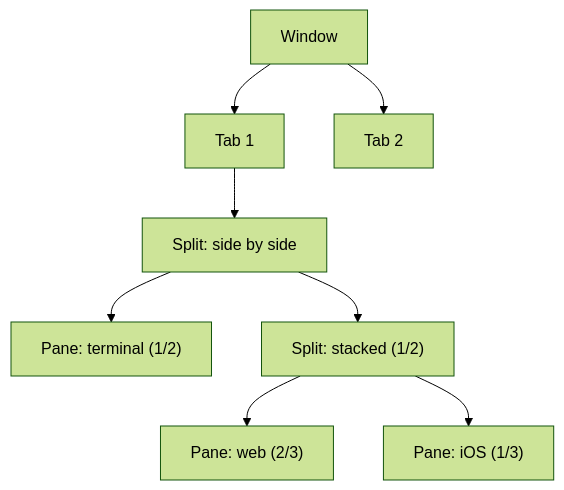
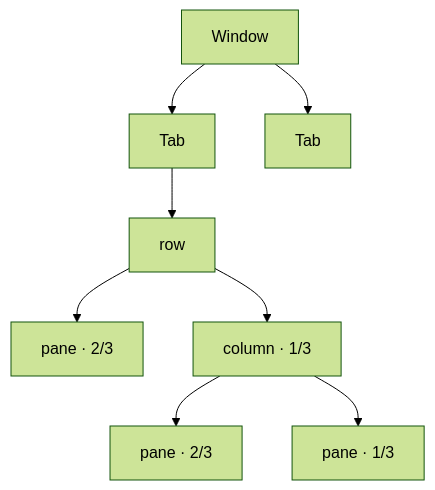
Before and after one commit to tampopogk/kmux: the second of 3 diagrams in docs/kmux-spec.md, drawn with Mermaid (forest theme). The commit also changed other lines of this file, not shown here.

````diff
--- a/docs/kmux-spec.md
+++ b/docs/kmux-spec.md
@@ -91,10 +61,10 @@
 ```mermaid
 flowchart TD
-    W["Window"] --> T1["Tab 1"]
-    W --> T2["Tab 2"]
-    T1 --> S1["Split: side by side"]
-    S1 --> P1["Pane: terminal (1/2)"]
-    S1 --> S2["Split: stacked (1/2)"]
-    S2 --> P2["Pane: web (2/3)"]
-    S2 --> P3["Pane: iOS (1/3)"]
+    W["Window"] --> T1["Tab"]
+    W --> T2["Tab"]
+    T1 --> R["row"]
+    R --> P1["pane · 2/3"]
+    R --> C["column · 1/3"]
+    C --> P2["pane · 2/3"]
+    C --> P3["pane · 1/3"]
 ```
````
